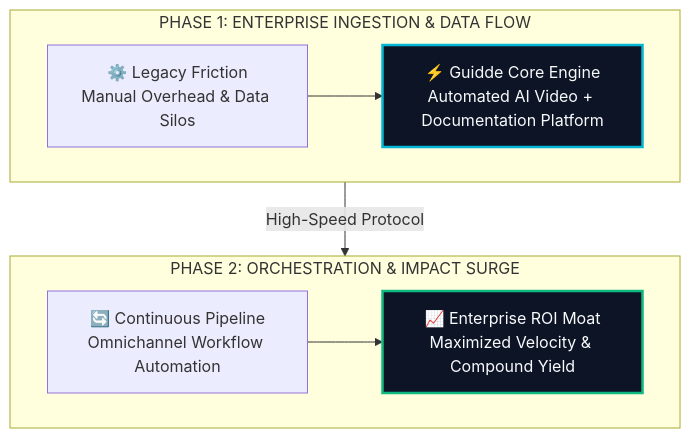
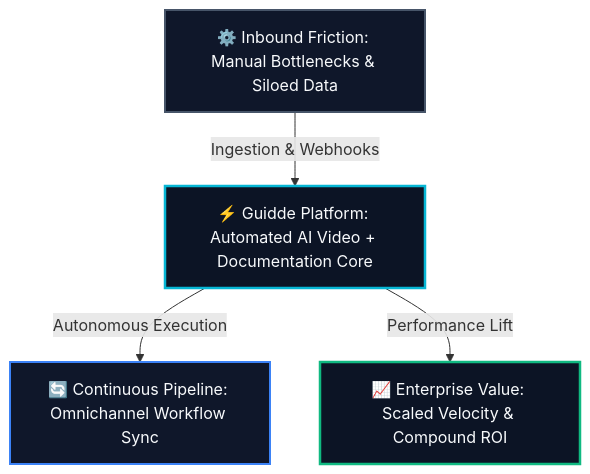
Before and after one commit to heliatech-media/saas-radar: the diagram in site/src/content/blog/guidde-evolution-guide-2026.md, drawn with Mermaid. The commit also changed 93 other files, not shown here.

First line of the commit message:
fix(diagrams): resolve dagre-d3 subgraph collision by migrating to balanced 3-tier Hub & Spoke architecture

````diff
--- a/site/src/content/blog/guidde-evolution-guide-2026.md
+++ b/site/src/content/blog/guidde-evolution-guide-2026.md
@@ -50,14 +50,14 @@
 ```mermaid
 flowchart TD
-    subgraph S1["PHASE 1: ENTERPRISE INGESTION & DATA FLOW"]
-        direction LR
-        A["⚙️ Legacy Friction<br/>Manual Overhead & Data Silos"] --> B["⚡ Guidde Core Engine<br/>Automated AI Video + Documentation Platform"]
-    end
-    subgraph S2["PHASE 2: ORCHESTRATION & IMPACT SURGE"]
-        direction LR
-        C["🔄 Continuous Pipeline<br/>Omnichannel Workflow Automation"] --> D["📈 Enterprise ROI Moat<br/>Maximized Velocity & Compound Yield"]
-    end
-    S1 -->|High-Speed Protocol| S2
-    style B fill:#0c1425,stroke:#06b6d4,stroke-width:2.5px,color:#f8fafc
-    style D fill:#0c1425,stroke:#10b981,stroke-width:2.5px,color:#f8fafc
+    Inp["⚙️ Inbound Friction: Manual Bottlenecks & Siloed Data"]
+    Eng["⚡ Guidde Platform: Automated AI Video + Documentation Core"]
+    Out1["🔄 Continuous Pipeline: Omnichannel Workflow Sync"]
+    Out2["📈 Enterprise Value: Scaled Velocity & Compound ROI"]
+    Inp -->|Ingestion & Webhooks| Eng
+    Eng -->|Autonomous Execution| Out1
+    Eng -->|Performance Lift| Out2
+    style Inp fill:#0f172a,stroke:#475569,stroke-width:2px,color:#f8fafc
+    style Eng fill:#0c1425,stroke:#06b6d4,stroke-width:2.5px,color:#f8fafc
+    style Out1 fill:#0f172a,stroke:#3b82f6,stroke-width:2px,color:#f8fafc
+    style Out2 fill:#0c1425,stroke:#10b981,stroke-width:2.5px,color:#f8fafc
 ```
````
